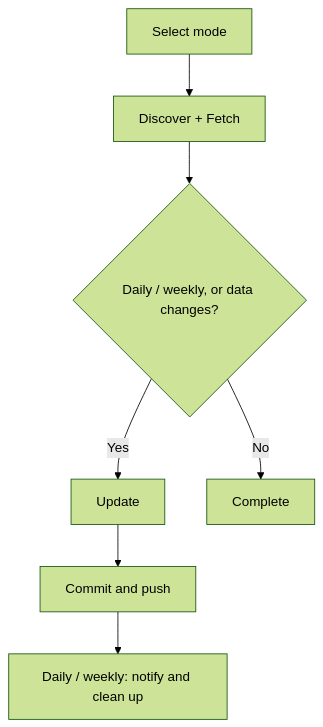
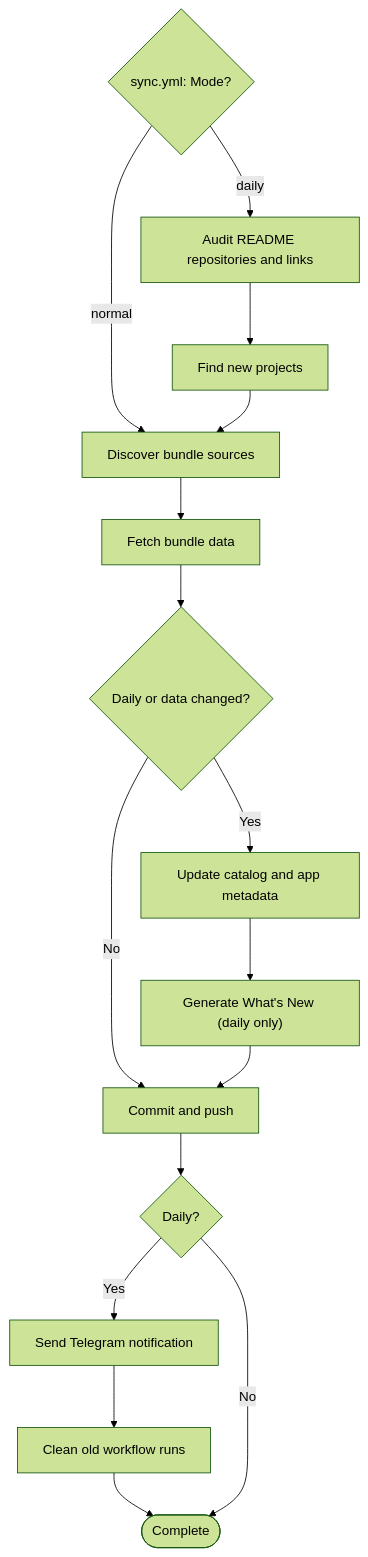
One commit to nvbangg/awesome-morphe changed the first of 3 diagrams in CONTRIBUTING.md. Above: the diagram before and after it, drawn with Mermaid (forest theme). The commit also changed other lines of this file and 2 other files, not shown here.

````diff
--- a/CONTRIBUTING.md
+++ b/CONTRIBUTING.md
@@ -35,9 +136,19 @@
 ```mermaid
 flowchart TD
-    A["Select mode"] --> B["Discover + Fetch"]
-    B --> C{"Daily / weekly, or data changes?"}
-    C -->|Yes| D["Update"]
-    D --> E["Commit and push"]
-    E --> F["Daily / weekly: notify and clean up"]
-    C -->|No| G[Complete]
+    Mode{"sync.yml: Mode?"}
+    Mode -->|daily| Audit["Audit README repositories and links"]
+    Audit --> Projects["Find new projects"]
+    Mode -->|normal| Discover["Discover bundle sources"]
+    Projects --> Discover
+    Discover --> Fetch["Fetch bundle data"]
+    Fetch --> Changed{"Daily or data changed?"}
+    Changed -->|Yes| Update["Update catalog and app metadata"]
+    Changed -->|No| Commit
+    Update --> WhatsNew["Generate What's New (daily only)"]
+    WhatsNew --> Commit["Commit and push"]
+    Commit --> Daily{"Daily?"}
+    Daily -->|Yes| Telegram["Send Telegram notification"]
+    Telegram --> Cleanup["Clean old workflow runs"]
+    Cleanup --> Done(["Complete"])
+    Daily -->|No| Done
 ```
````
